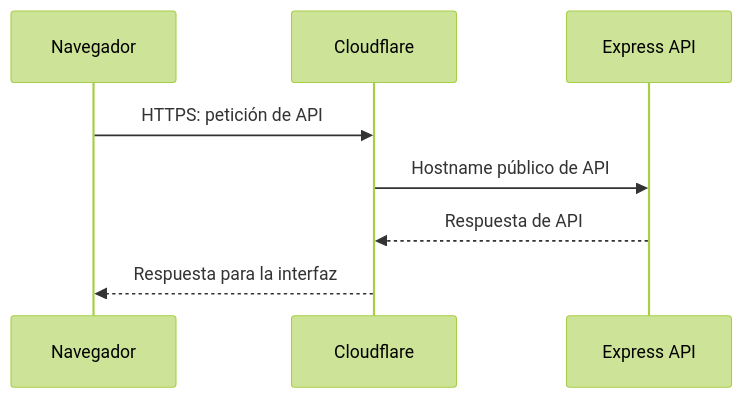
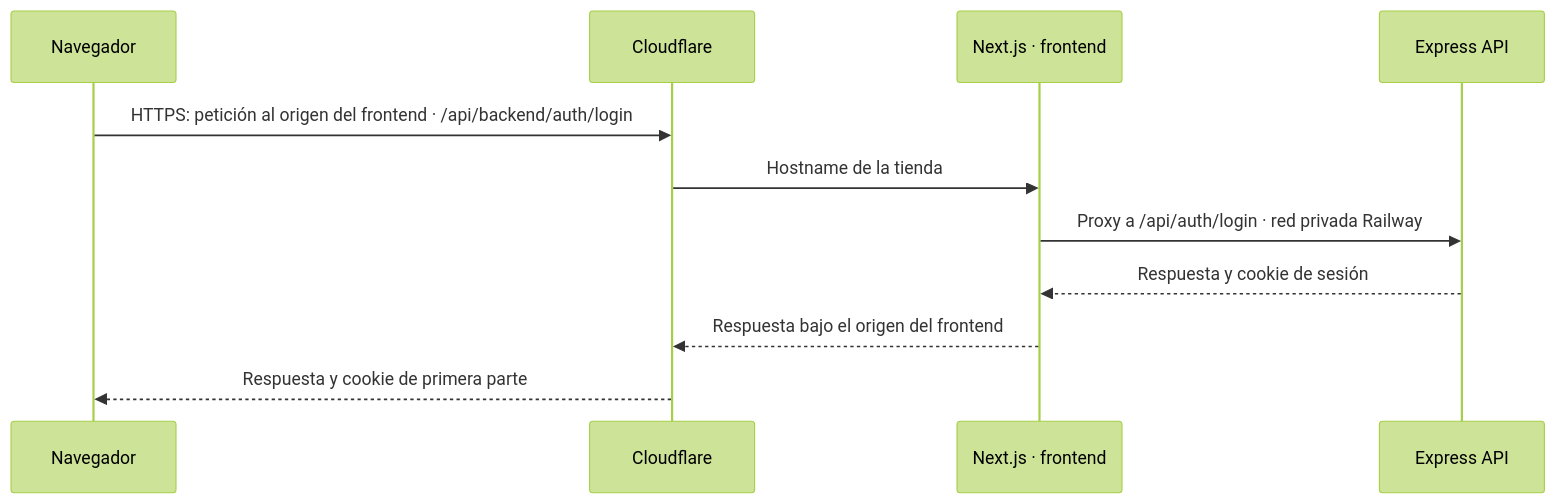
Before and after one commit to sadamlg/sr_del_mictlan_mezcal: the third of 3 diagrams in README.md, drawn with Mermaid (forest theme). The commit also changed other lines of this file and 1 other file, not shown here.

Commit message:
docs: clarify production API proxy and session planning

````diff
--- a/README.md
+++ b/README.md
@@ -92,11 +96,14 @@
 ```mermaid
 sequenceDiagram
     participant Browser as Navegador
     participant CF as Cloudflare
+    participant Next as Next.js · frontend
     participant Express as Express API
 
-    Browser->>CF: HTTPS: petición de API
-    CF->>Express: Hostname público de API
-    Express-->>CF: Respuesta de API
-    CF-->>Browser: Respuesta para la interfaz
+    Browser->>CF: HTTPS: petición al origen del frontend · /api/backend/auth/login
+    CF->>Next: Hostname de la tienda
+    Next->>Express: Proxy a /api/auth/login · red privada Railway
+    Express-->>Next: Respuesta y cookie de sesión
+    Next-->>CF: Respuesta bajo el origen del frontend
+    CF-->>Browser: Respuesta y cookie de primera parte
 ```
````
